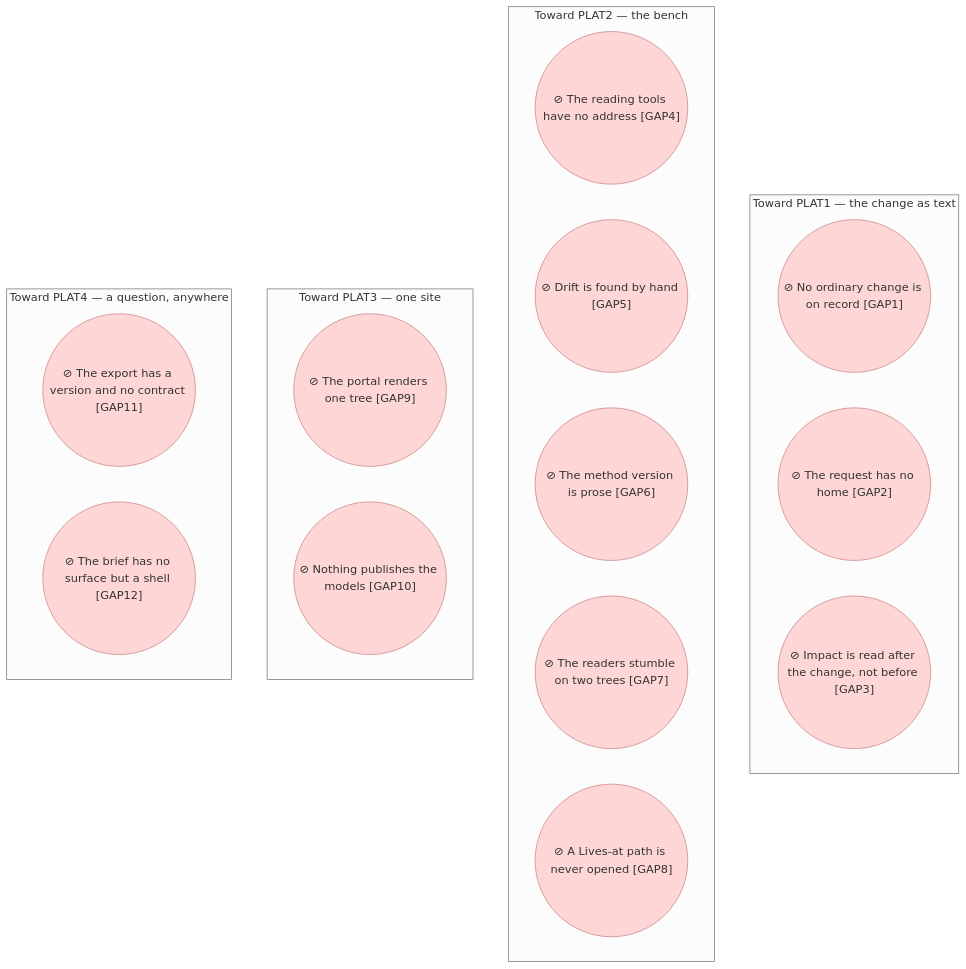
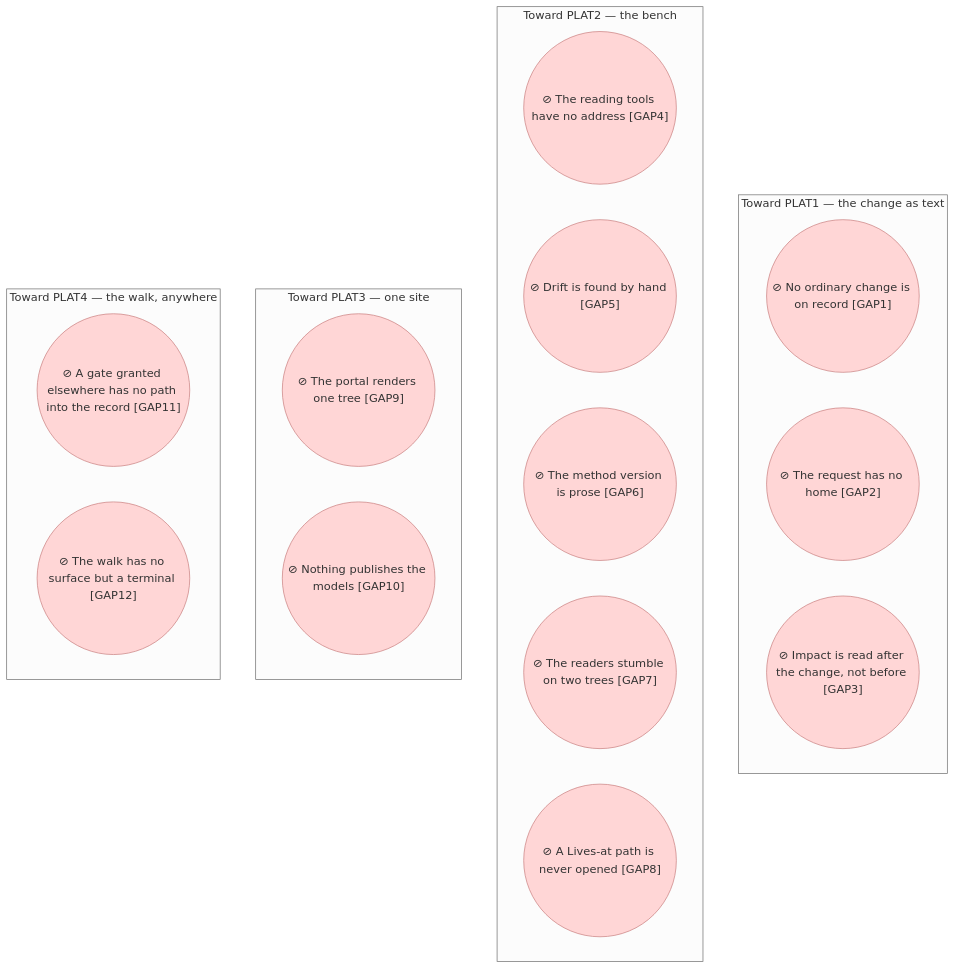
The third of 3 diagrams in product-archreator/architecture/6_transition/1_target-state.md (roanboc/architecture-archreator), drawn with Mermaid (neutral theme) before and after one commit. The commit also changed other lines of this file and 6 other files, not shown here.

First line of the commit message:
docs: Direction is granted on the roadmap, and the Requester's answers redraw two plateaus

````diff
--- a/product-archreator/architecture/6_transition/1_target-state.md
+++ b/product-archreator/architecture/6_transition/1_target-state.md
@@ -115,25 +117,25 @@
 ```mermaid
 flowchart TB
   subgraph P1G["Toward PLAT1 — the change as text"]
     gap1(("⊘ No ordinary change is on record [GAP1]")):::gap
     gap2(("⊘ The request has no home [GAP2]")):::gap
     gap3(("⊘ Impact is read after the change, not before [GAP3]")):::gap
   end
   subgraph P2G["Toward PLAT2 — the bench"]
     gap4(("⊘ The reading tools have no address [GAP4]")):::gap
     gap5(("⊘ Drift is found by hand [GAP5]")):::gap
     gap6(("⊘ The method version is prose [GAP6]")):::gap
     gap7(("⊘ The readers stumble on two trees [GAP7]")):::gap
     gap8(("⊘ A Lives-at path is never opened [GAP8]")):::gap
   end
   subgraph P3G["Toward PLAT3 — one site"]
     gap9(("⊘ The portal renders one tree [GAP9]")):::gap
     gap10(("⊘ Nothing publishes the models [GAP10]")):::gap
   end
-  subgraph P4G["Toward PLAT4 — a question, anywhere"]
-    gap11(("⊘ The export has a version and no contract [GAP11]")):::gap
-    gap12(("⊘ The brief has no surface but a shell [GAP12]")):::gap
+  subgraph P4G["Toward PLAT4 — the walk, anywhere"]
+    gap11(("⊘ A gate granted elsewhere has no path into the record [GAP11]")):::gap
+    gap12(("⊘ The walk has no surface but a terminal [GAP12]")):::gap
   end
 
   classDef gap fill:#ffd6d6,stroke:#c98080,color:#333
 ```
````
